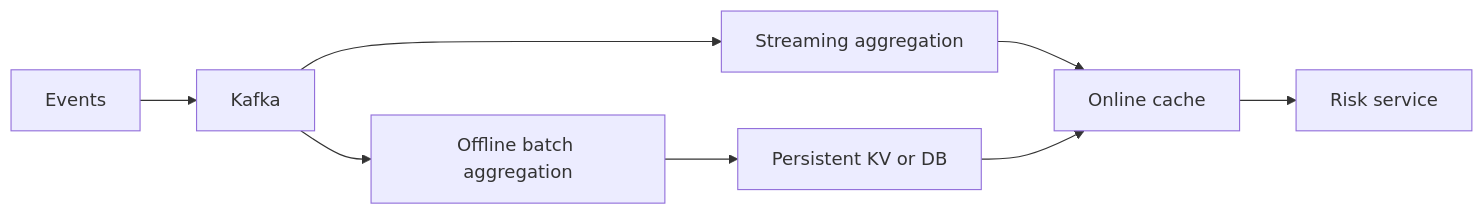
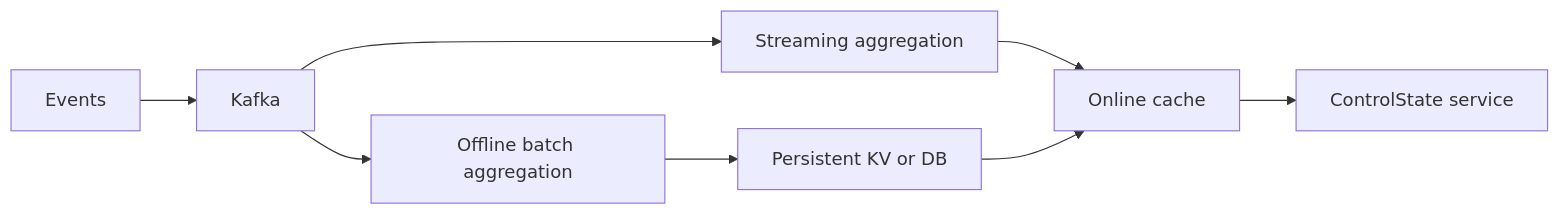
Before and after one commit to matrixarkai/TemporalStore: the first of 2 diagrams in docs/temporalstore_blog.md, drawn with Mermaid. The commit also changed other lines of this file and 202 other files, not shown here.

Commit message:
Rename risk surface to control state

````diff
--- a/docs/temporalstore_blog.md
+++ b/docs/temporalstore_blog.md
@@ -273,18 +273,18 @@
 ```mermaid
 flowchart LR
     Events["Events"]
     Kafka["Kafka"]
     Flink["Streaming aggregation"]
     Batch["Offline batch aggregation"]
     Redis["Online cache"]
     DB["Persistent KV or DB"]
-    Service["Risk service"]
+    Service["ControlState service"]
 
     Events --> Kafka
     Kafka --> Flink
     Kafka --> Batch
     Flink --> Redis
     Batch --> DB
     DB --> Redis
     Redis --> Service
 ```
````
